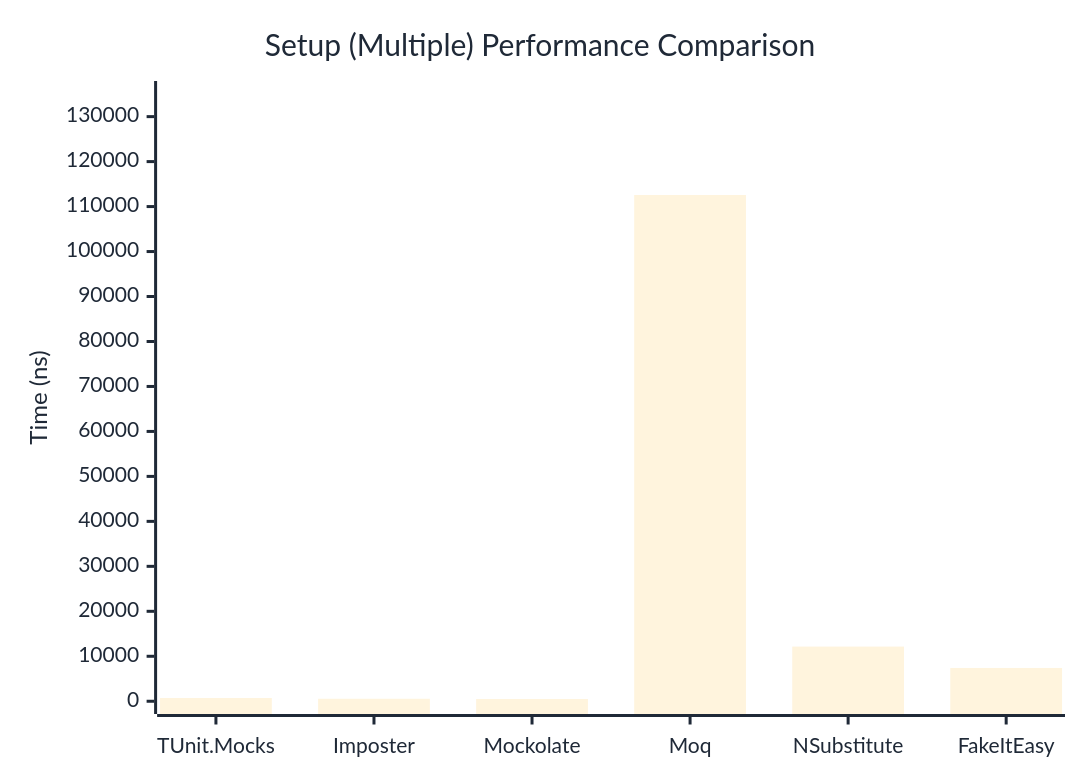
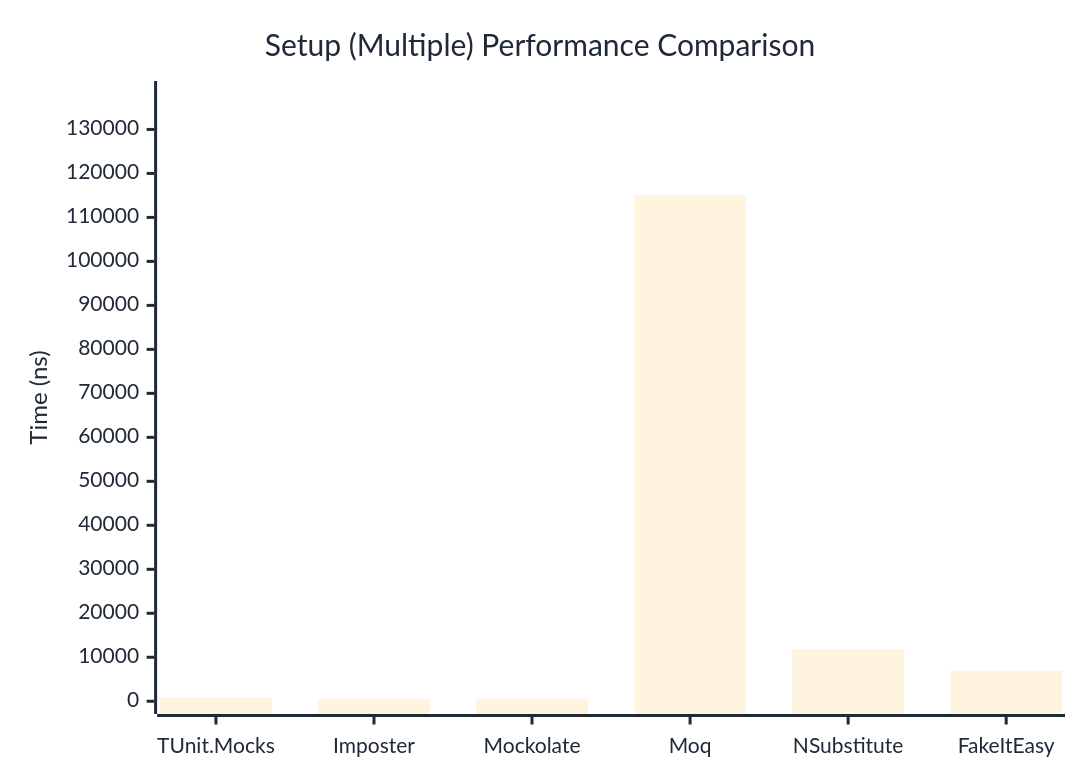
Before and after one commit to thomhurst/TUnit: the second of 2 diagrams in docs/docs/benchmarks/mocks/Setup.md, drawn with Mermaid. The commit also changed other lines of this file and 14 other files, not shown here.

````diff
--- a/docs/docs/benchmarks/mocks/Setup.md
+++ b/docs/docs/benchmarks/mocks/Setup.md
@@ -71,27 +71,27 @@
 ```mermaid
 %%{init: {
   'theme':'base',
   'themeVariables': {
     'primaryColor': '#2563eb',
     'primaryTextColor': '#1f2937',
     'primaryBorderColor': '#1e40af',
     'lineColor': '#6b7280',
     'secondaryColor': '#7c3aed',
     'tertiaryColor': '#dc2626',
     'background': '#ffffff',
     'pie1': '#2563eb',
     'pie2': '#7c3aed',
     'pie3': '#dc2626',
     'pie4': '#f59e0b',
     'pie5': '#10b981',
     'pie6': '#06b6d4',
     'pie7': '#ec4899',
     'pie8': '#6366f1'
   }
 }}%%
 xychart-beta
   title "Setup (Multiple) Performance Comparison"
   x-axis ["TUnit.Mocks", "Imposter", "Mockolate", "Moq", "NSubstitute", "FakeItEasy"]
-  y-axis "Time (ns)" 0 --> 135088
-  bar [727.4, 554.8, 502.2, 112573.3, 12155.5, 7402.4]
+  y-axis "Time (ns)" 0 --> 138113
+  bar [727.1, 528.1, 493.4, 115093.5, 11817.8, 6943.5]
 ```
````
